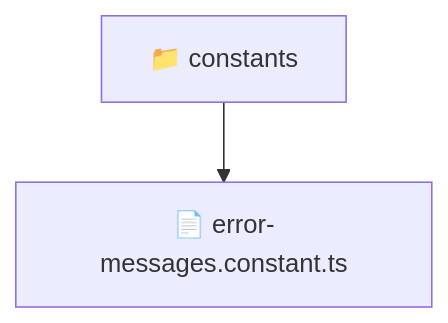
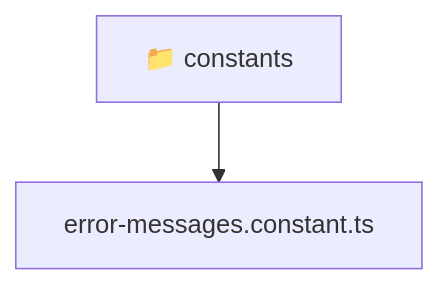
The diagram in backend/src/common/constants/README.md (beginwebdev2002/fullstack-mavluda), drawn with Mermaid before and after one commit. The commit also changed other lines of this file and 167 other files, not shown here.

````diff
--- a/backend/src/common/constants/README.md
+++ b/backend/src/common/constants/README.md
@@ -9,5 +9,6 @@
 ```mermaid
 graph TD
-  Root["📁 constants"]
-  Root --> error_messages_constant_ts["📄 error-messages.constant.ts"]
+  Root_constants["📁 constants"]
+  f_error_messages_constant_ts["error-messages.constant.ts"]
+  Root_constants --> f_error_messages_constant_ts
 ```
````
